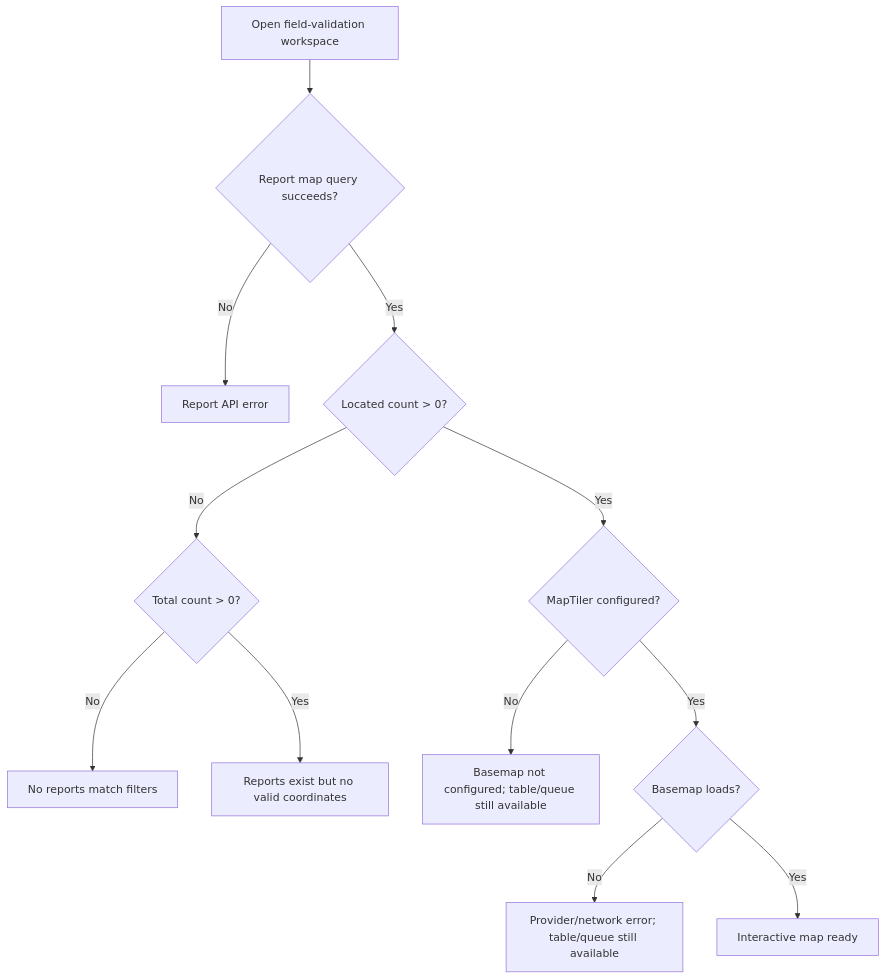
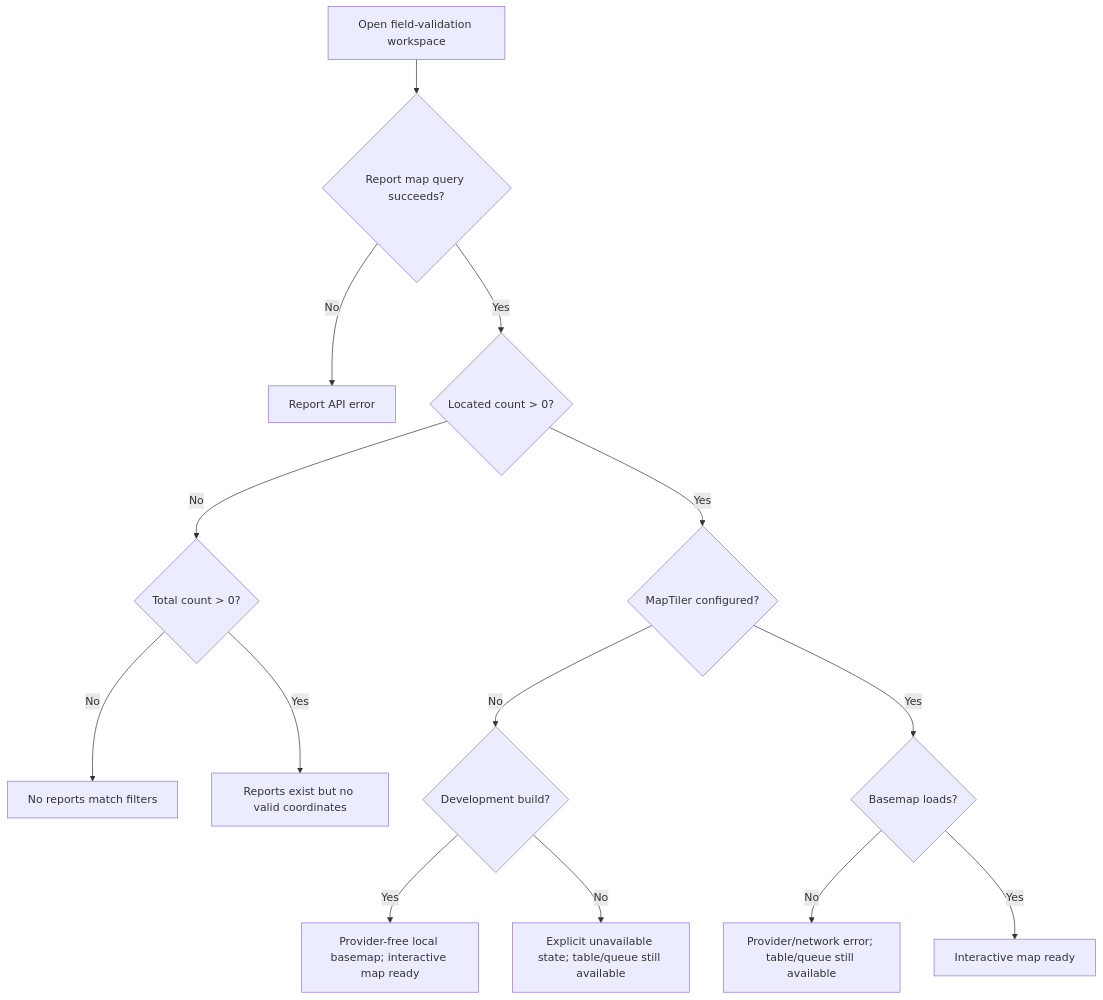
The diagram in docs/CaneGuard_P0A-P0F_Stabilization_Plans/P0C-FIELD-VALIDATION-MAP-RELIABILITY.md (niks0501/caneguard-web), drawn with Mermaid before and after one commit. The commit also changed other lines of this file and 7 other files, not shown here.

First line of the commit message:
feat(fieldValidation): add a local development basemap fallback (#279)

````diff
--- a/docs/CaneGuard_P0A-P0F_Stabilization_Plans/P0C-FIELD-VALIDATION-MAP-RELIABILITY.md
+++ b/docs/CaneGuard_P0A-P0F_Stabilization_Plans/P0C-FIELD-VALIDATION-MAP-RELIABILITY.md
@@ -86,14 +84,16 @@
 ```mermaid
 flowchart TD
     A[Open field-validation workspace] --> B{Report map query succeeds?}
     B -- No --> C[Report API error]
     B -- Yes --> D{Located count > 0?}
     D -- No --> E{Total count > 0?}
     E -- No --> F[No reports match filters]
     E -- Yes --> G[Reports exist but no valid coordinates]
     D -- Yes --> H{MapTiler configured?}
-    H -- No --> I[Basemap not configured; table/queue still available]
-    H -- Yes --> J{Basemap loads?}
-    J -- No --> K[Provider/network error; table/queue still available]
-    J -- Yes --> L[Interactive map ready]
+    H -- No --> I{Development build?}
+    I -- Yes --> J[Provider-free local basemap; interactive map ready]
+    I -- No --> K[Explicit unavailable state; table/queue still available]
+    H -- Yes --> L{Basemap loads?}
+    L -- No --> M[Provider/network error; table/queue still available]
+    L -- Yes --> N[Interactive map ready]
 ```
````
